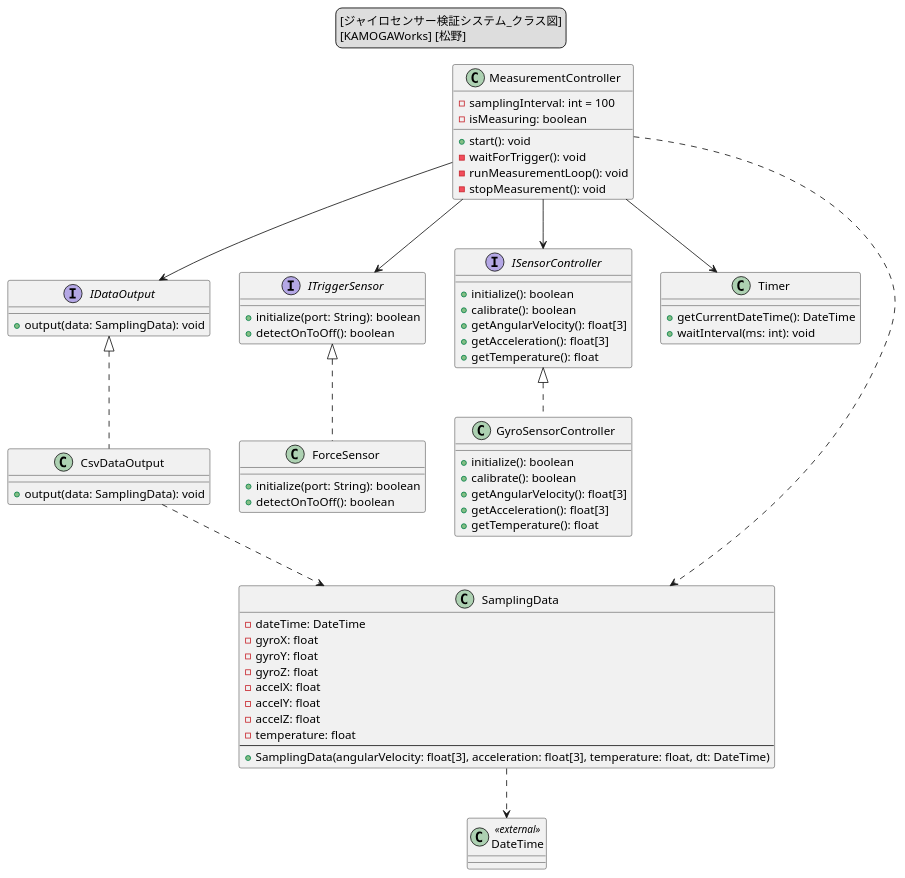
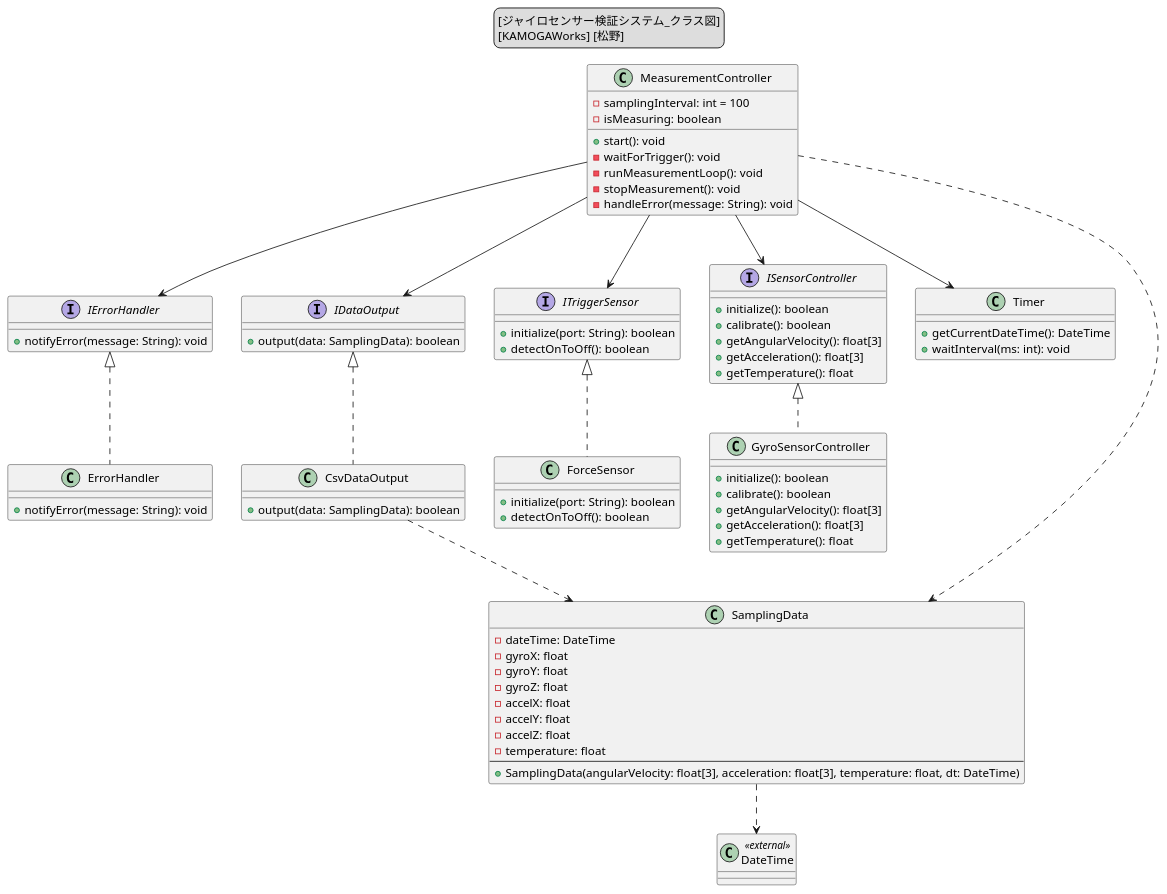
Before and after one commit to Matsuno0412/Gyro-sensor-System: the diagram in UML/ジャイロセンサー検証システム_クラス図.puml, drawn with PlantUML. The commit also changed 4 other files, not shown here.

```diff
--- a/UML/ジャイロセンサー検証システム_クラス図.puml
+++ b/UML/ジャイロセンサー検証システム_クラス図.puml
@@ -1,127 +1,145 @@
 @startuml ジャイロセンサー検証システム_クラス図
 
 legend top
 [ジャイロセンサー検証システム_クラス図]
 [KAMOGAWorks] [松野]
 endlegend
 
 ' =========================================================
 ' インターフェース定義（SPIKE-RT APIの抽象化）
 ' =========================================================
 
 ' IMU操作用インターフェース。
 ' SPIKE-RT APIへの直接依存を隠蔽し、
 ' MeasurementControllerからハードウェア依存を分離する。
 ' 角速度・加速度はAPI仕様に合わせてX/Y/Z軸のfloat[3]で扱う。
 interface ISensorController {
   +initialize(): boolean
   +calibrate(): boolean
   +getAngularVelocity(): float[3]
   +getAcceleration(): float[3]
   +getTemperature(): float
 }
 
 ' 計測開始・終了トリガー用インターフェース。
 ' フォースセンサーのON後OFF検出を抽象化する。
 interface ITriggerSensor {
   +initialize(port: String): boolean
   +detectOnToOff(): boolean
 }
 
 ' 計測データ出力インターフェース。
 ' CSV出力の方式差し替えなどを可能にする。
+' 出力成功可否をbooleanで返し、CSV出力失敗を検知できるようにする。
 interface IDataOutput {
-  +output(data: SamplingData): void
+  +output(data: SamplingData): boolean
+}
+
+' 異常通知用インターフェース。
+' 初期化失敗やCSV出力失敗などの異常内容を利用者へ通知する。
+interface IErrorHandler {
+  +notifyError(message: String): void
 }
 
 ' =========================================================
 ' 実装クラス群
 ' =========================================================
 
 ' SPIKE-RT IMU API実装クラス。
 ' hub_imu_get_angular_velocity(), hub_imu_get_acceleration(),
 ' hub_imu_get_temperature() を利用して生データを取得する。
 class GyroSensorController {
   +initialize(): boolean
   +calibrate(): boolean
   +getAngularVelocity(): float[3]
   +getAcceleration(): float[3]
   +getTemperature(): float
 }
 
 ' フォースセンサー制御クラス。
 ' ON後OFFによるトリガー検出を担当する。
 class ForceSensor {
   +initialize(port: String): boolean
   +detectOnToOff(): boolean
 }
 
 ' SamplingDataをCSV形式へ変換し、
 ' 標準出力へリアルタイム出力する。
+' 出力失敗時はfalseを返し、MeasurementController側で異常通知する。
 class CsvDataOutput {
-  +output(data: SamplingData): void
+  +output(data: SamplingData): boolean
 }
 
 ' 時刻取得およびサンプリング周期制御を担当。
 class Timer {
   +getCurrentDateTime(): DateTime
   +waitInterval(ms: int): void
 }
 
+' 標準出力または標準エラー出力へ異常内容を通知する。
+class ErrorHandler {
+  +notifyError(message: String): void
+}
+
 ' インターフェース実装
 GyroSensorController .up.|> ISensorController
 ForceSensor .up.|> ITriggerSensor
 CsvDataOutput .up.|> IDataOutput
+ErrorHandler .up.|> IErrorHandler
 
 ' =========================================================
 ' 計測制御（システム中枢）
 ' =========================================================
 
 ' システム全体の計測フロー制御を担当する中枢クラス。
 ' フォースセンサーON後OFFをトリガーとして
 ' 計測開始・終了を制御する。
+' 初期化失敗やCSV出力失敗を検知した場合は、
+' IErrorHandlerを介して通知し、安全終了処理を行う。
 class MeasurementController {
   -samplingInterval: int = 100
   -isMeasuring: boolean
   +start(): void
   -waitForTrigger(): void
   -runMeasurementLoop(): void
   -stopMeasurement(): void
+  -handleError(message: String): void
 }
 
 ' =========================================================
 ' サンプリングデータ
 ' =========================================================
 
 class DateTime <<external>> {
 }
 
 ' 1回分のサンプリング結果を保持するデータクラス。
 ' APIから取得したfloat型の生データをそのまま保持する。
 ' カラーセンサー検証システムと同様に、日時情報はDateTimeとして保持する。
 class SamplingData {
   -dateTime: DateTime
   -gyroX: float
   -gyroY: float
   -gyroZ: float
   -accelX: float
   -accelY: float
   -accelZ: float
   -temperature: float
   --
   +SamplingData(angularVelocity: float[3], acceleration: float[3], temperature: float, dt: DateTime)
 }
 
 ' =========================================================
 ' 関係定義
 ' =========================================================
 
 MeasurementController --> ISensorController
 MeasurementController --> ITriggerSensor
 MeasurementController --> Timer
 MeasurementController --> IDataOutput
+MeasurementController --> IErrorHandler
 MeasurementController ..> SamplingData
 CsvDataOutput ..> SamplingData
 SamplingData ..> DateTime
 
 @enduml
```
